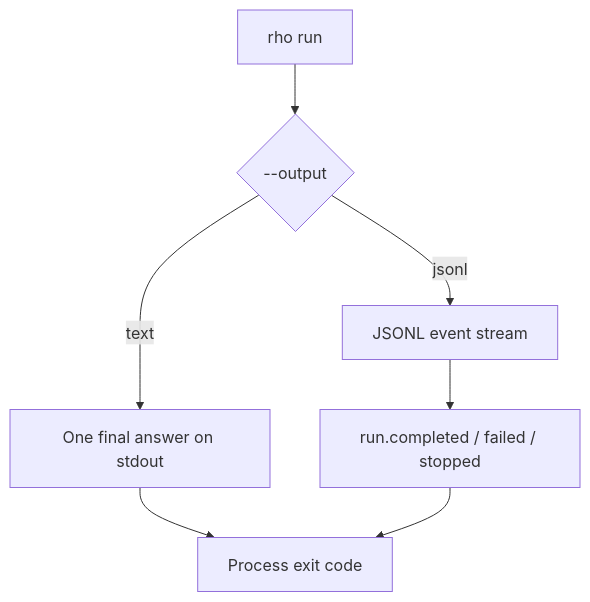
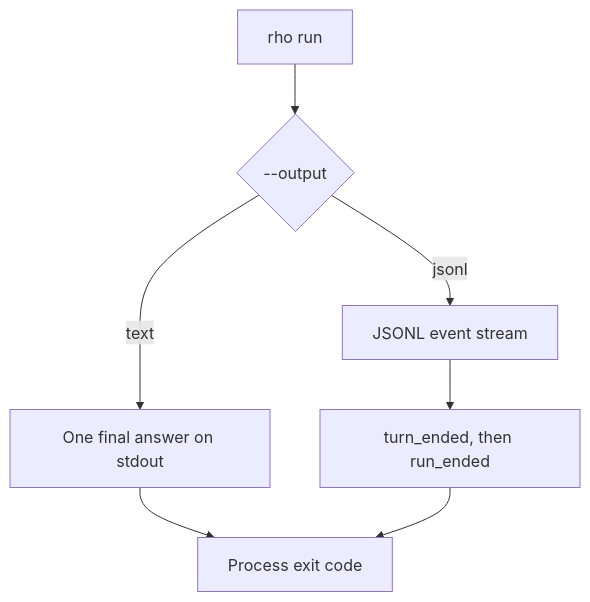
One commit to matthewyjiang/rho changed the second of 2 diagrams in docs/automation-cli.md. Above: the diagram before and after it, drawn with Mermaid. The commit also changed other lines of this file and 11 other files, not shown here.

First line of the commit message:
feat(run): stream the daemon protocol's session events as JSONL

````diff
--- a/docs/automation-cli.md
+++ b/docs/automation-cli.md
@@ -99,9 +99,9 @@
 ```mermaid
 flowchart TD
     start[rho run] --> mode{--output}
     mode -->|text| final[One final answer on stdout]
     mode -->|jsonl| stream[JSONL event stream]
-    stream --> terminal[run.completed / failed / stopped]
+    stream --> terminal[turn_ended, then run_ended]
     final --> exit[Process exit code]
     terminal --> exit
 ```
````
